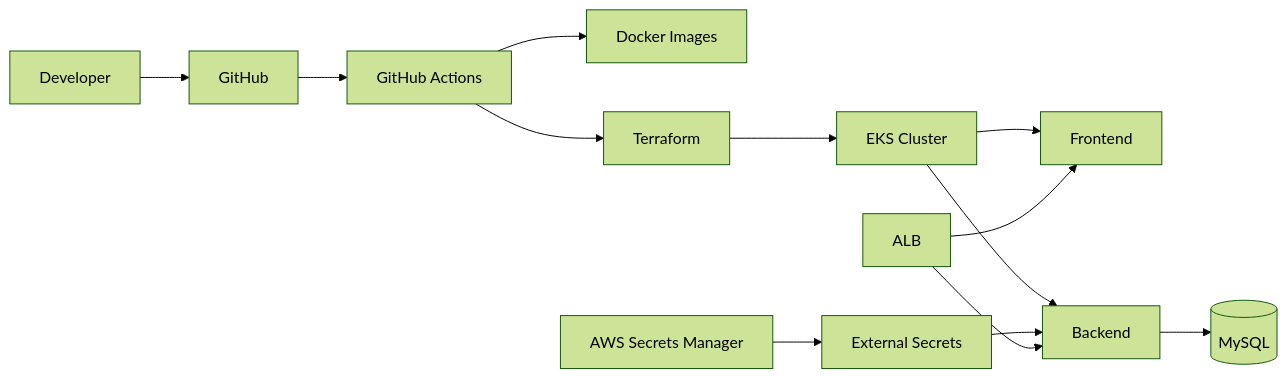
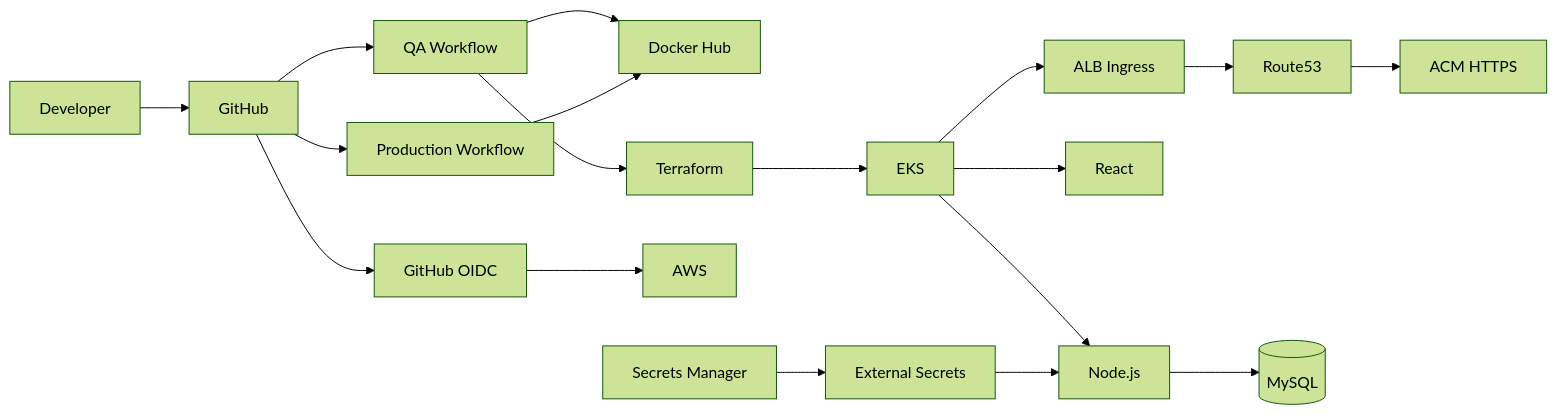
Before and after one commit to mayankfulzele05/3-tier-project: the diagram in README.md, drawn with Mermaid (forest theme). The commit also changed other lines of this file, not shown here.

````diff
--- a/README.md
+++ b/README.md
@@ -26,15 +59,20 @@
 ```mermaid
 flowchart LR
 A[Developer]-->B[GitHub]
-B-->C[GitHub Actions]
-C-->D[Docker Images]
-C-->E[Terraform]
-E-->F[EKS Cluster]
-F-->G[Frontend]
-F-->H[Backend]
-H-->I[(MySQL)]
-J[AWS Secrets Manager]-->K[External Secrets]
-K-->H
-L[ALB]-->G
-L-->H
+B-->C[QA Workflow]
+B-->D[Production Workflow]
+C-->E[Docker Hub]
+D-->E
+C-->F[Terraform]
+F-->G[EKS]
+B-->H[GitHub OIDC]
+H-->AWS[AWS]
+G-->ALB[ALB Ingress]
+ALB-->R53[Route53]
+R53-->ACM[ACM HTTPS]
+G-->FE[React]
+G-->BE[Node.js]
+BE-->DB[(MySQL)]
+SM[Secrets Manager]-->ESO[External Secrets]
+ESO-->BE
 ```
````
